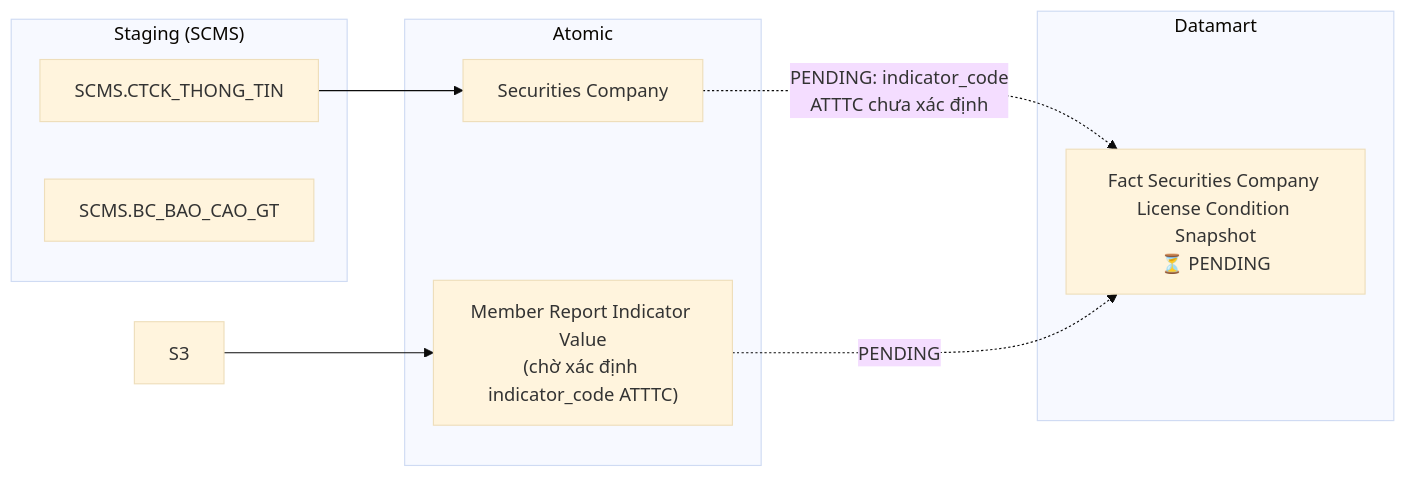
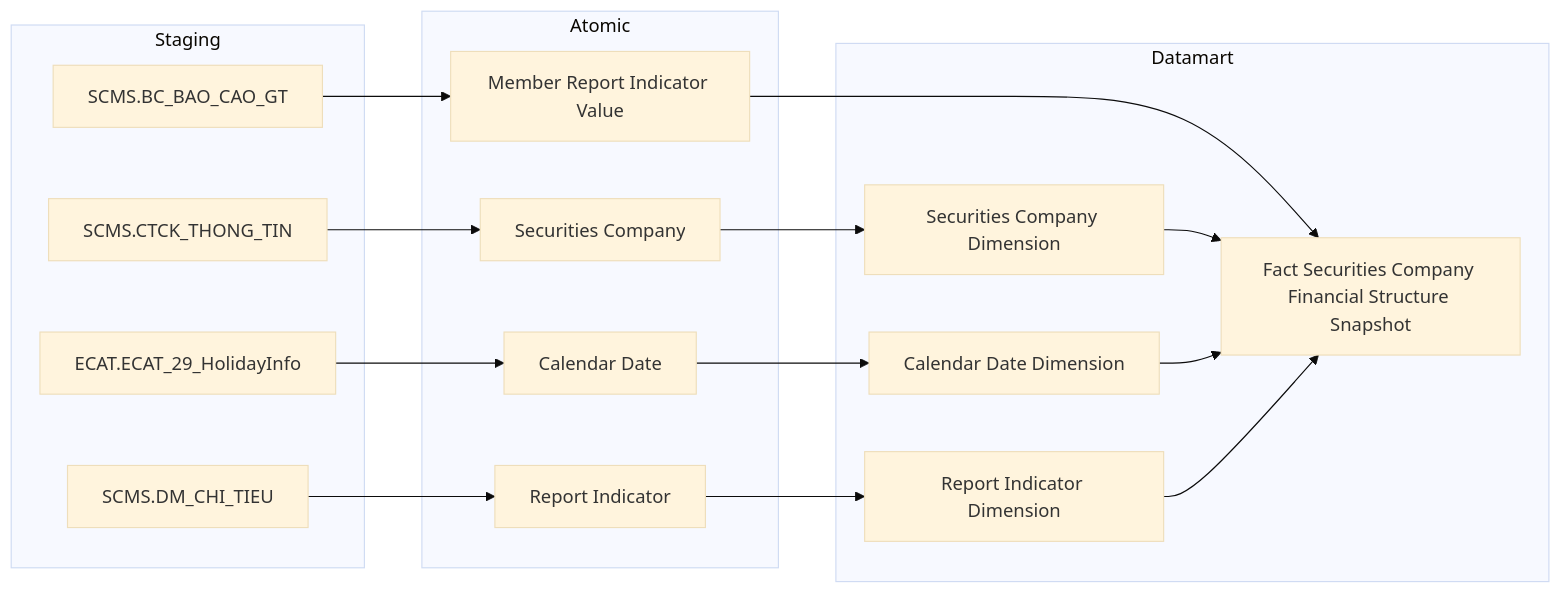
Before and after one commit to linhlvit/ubck_atomic_design: the fifth of 40 diagrams in Datamart/hld/DTM_QLKD_HLD.md, drawn with Mermaid (base theme). The commit also changed other lines of this file and 7 other files, not shown here.

````diff
--- a/Datamart/hld/DTM_QLKD_HLD.md
+++ b/Datamart/hld/DTM_QLKD_HLD.md
@@ -164,22 +184,37 @@
 ```mermaid
 flowchart LR
-    subgraph SRC["Staging (SCMS)"]
-        S1["SCMS.CTCK_THONG_TIN"]
-        S2["SCMS.BC_BAO_CAO_GT"]
+    subgraph SRC["Staging"]
+        S1["SCMS.BC_BAO_CAO_GT"]
+        S2["SCMS.CTCK_THONG_TIN"]
+        S3["SCMS.DM_CHI_TIEU"]
+        ECAT_ECAT_29_HolidayInfo["ECAT.ECAT_29_HolidayInfo"]
     end
 
     subgraph SIL["Atomic"]
-        SV1["Securities Company"]
-        SV2["Member Report Indicator Value\n(chờ xác định indicator_code ATTTC)"]
+        SV1["Member Report Indicator Value"]
+        SV2["Securities Company"]
+        SV3["Report Indicator"]
+        Calendar_Date["Calendar Date"]
     end
 
     subgraph Datamart["Datamart"]
-        G1["Fact Securities Company License Condition Snapshot\n⏳ PENDING"]
+        G1["Fact Securities Company Financial Structure Snapshot"]
+        G2["Securities Company Dimension"]
+        G3["Calendar Date Dimension"]
+        G4["Report Indicator Dimension"]
     end
 
     S1 --> SV1
-    S3 --> SV2
+    S2 --> SV2
+    S3 --> SV3
+    ECAT_ECAT_29_HolidayInfo --> Calendar_Date
 
-    SV1 -.->|"PENDING: indicator_code\nATTTC chưa xác định"| G1
-    SV2 -.->|PENDING| G1
+    SV1 --> G1
+    SV2 --> G2
+    SV3 --> G4
+    Calendar_Date --> G3
+
+    G2 --> G1
+    G3 --> G1
+    G4 --> G1
 ```
````
